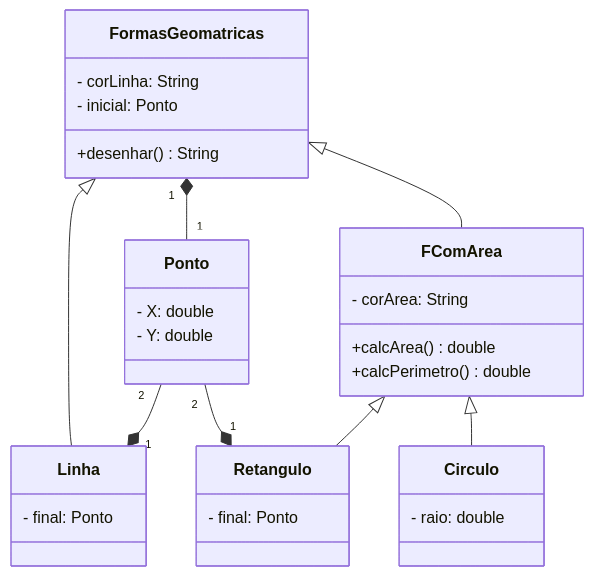
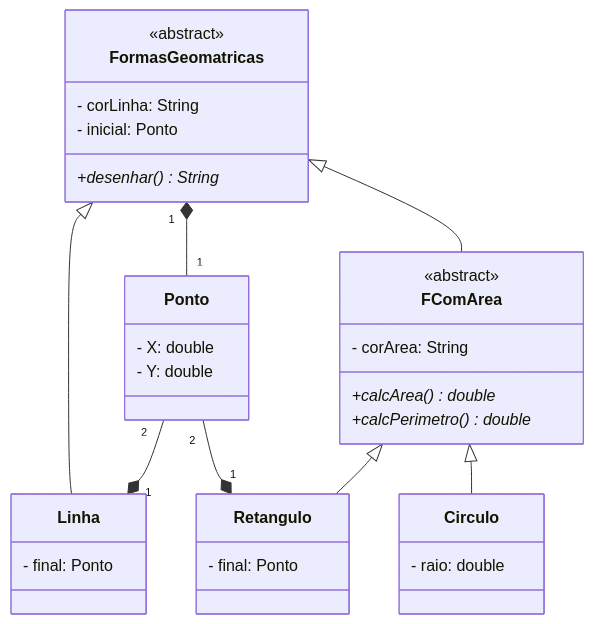
The diagram in desenho-2D/Readme.md (gustavo-cordova/POO-2026), drawn with Mermaid before and after one commit.

Commit message:
Abstract Class

````diff
--- a/desenho-2D/Readme.md
+++ b/desenho-2D/Readme.md
@@ -3,43 +3,45 @@
 ```mermaid
 classDiagram
     
     class FormasGeomatricas{
+        <<abstract>>
         - corLinha: String
         - inicial: Ponto
-        +desenhar() String
+        +desenhar() String*
     }
     
     class Ponto{
         - X: double
         - Y: double
     }
     
     class FComArea{
+        <<abstract>>
         - corArea: String
-        +calcArea() double
-        +calcPerimetro() double
+        +calcArea() double*
+        +calcPerimetro() double*
     }
     
     class Linha{
         - final: Ponto
     }
     
     class Circulo{
         - raio: double
     }
     
     class Retangulo{
         - final: Ponto
     }
     
     FormasGeomatricas "1" *-- "1" Ponto
     FormasGeomatricas <|-- FComArea
     FormasGeomatricas<|--Linha
     Ponto "2" --* "1" Linha
     Ponto "2" --* "1" Retangulo
     FComArea<|--Circulo
     FComArea<|--Retangulo
     
 
 
 ```
````
